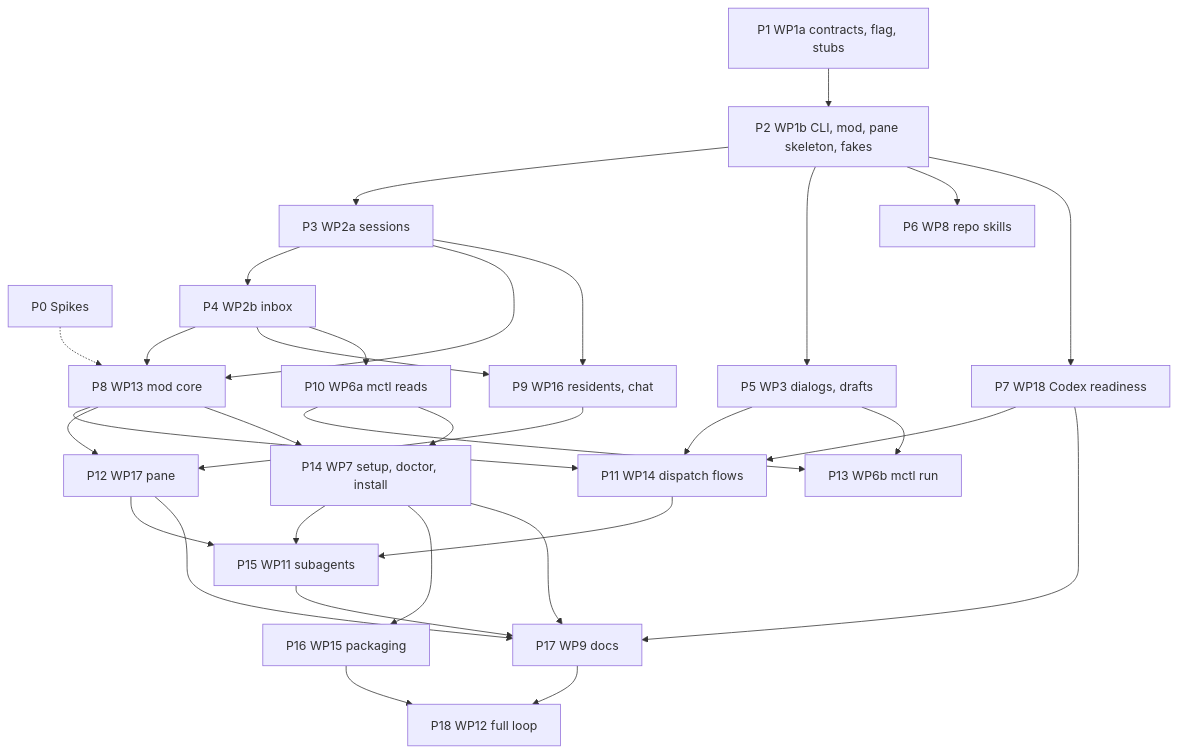
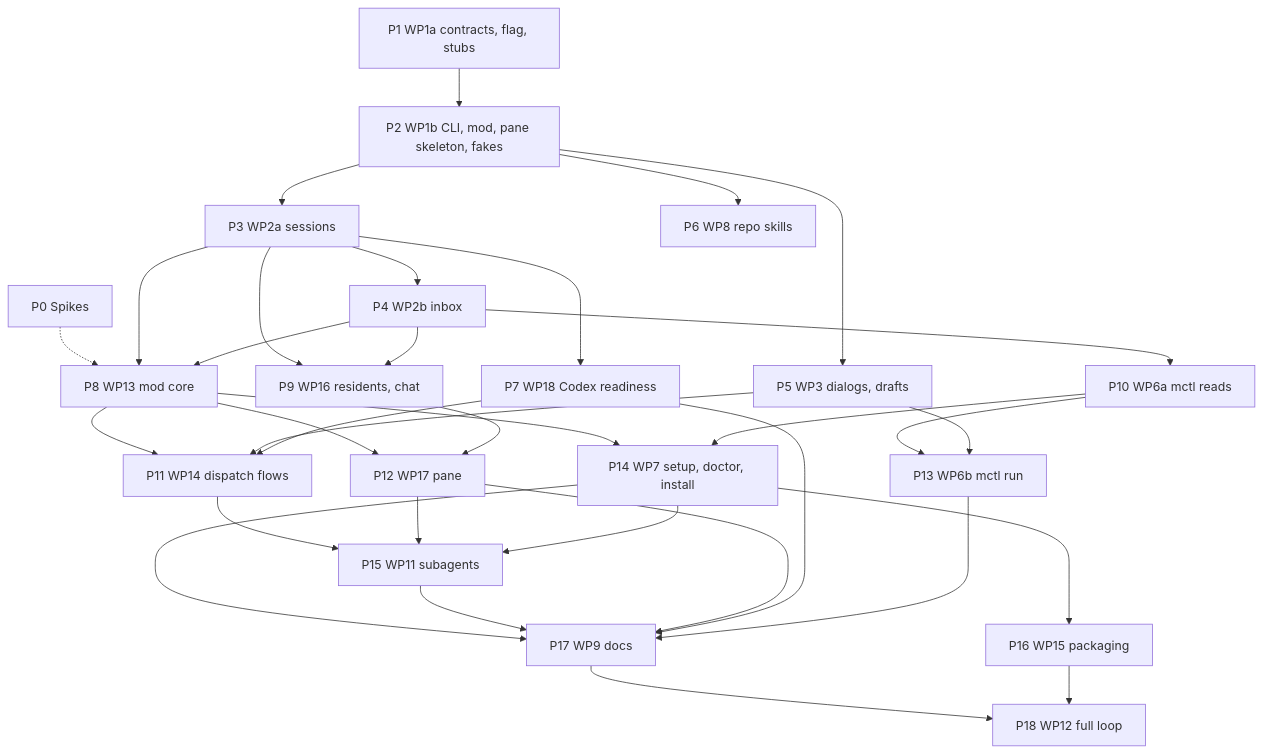
The third of 3 diagrams in docs/plans/headless-mode-implementation/plan.md (teamupstart/mission-control), drawn with Mermaid before and after one commit. The commit also changed other lines of this file and 7 other files, not shown here.

````diff
--- a/docs/plans/headless-mode-implementation/plan.md
+++ b/docs/plans/headless-mode-implementation/plan.md
@@ -189,34 +189,35 @@
 ```mermaid
 flowchart TD
   P0[P0 Spikes] -.-> P8
   P1[P1 WP1a contracts, flag, stubs] --> P2[P2 WP1b CLI, mod, pane skeleton, fakes]
   P2 --> P3[P3 WP2a sessions]
   P3 --> P4[P4 WP2b inbox]
   P2 --> P5[P5 WP3 dialogs, drafts]
   P2 --> P6[P6 WP8 repo skills]
-  P2 --> P7[P7 WP18 Codex readiness]
+  P3 --> P7[P7 WP18 Codex readiness]
   P3 --> P8[P8 WP13 mod core]
   P4 --> P8
   P3 --> P9[P9 WP16 residents, chat]
   P4 --> P9
   P4 --> P10[P10 WP6a mctl reads]
   P8 --> P11[P11 WP14 dispatch flows]
   P5 --> P11
   P7 --> P11
   P8 --> P12[P12 WP17 pane]
   P9 --> P12
   P10 --> P13[P13 WP6b mctl run]
   P5 --> P13
   P8 --> P14[P14 WP7 setup, doctor, install]
   P10 --> P14
   P11 --> P15[P15 WP11 subagents]
   P12 --> P15
   P14 --> P15
   P14 --> P16[P16 WP15 packaging]
   P14 --> P17[P17 WP9 docs]
   P15 --> P17
   P12 --> P17
   P7 --> P17
+  P13 --> P17
   P17 --> P18[P18 WP12 full loop]
   P16 --> P18
 ```
````
